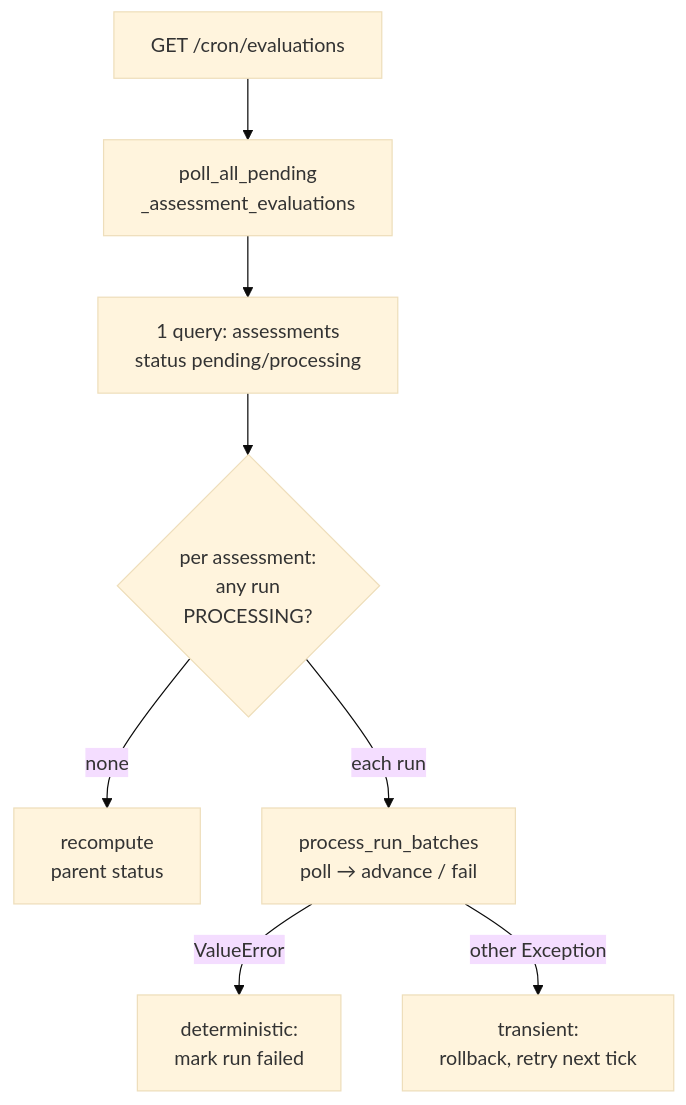
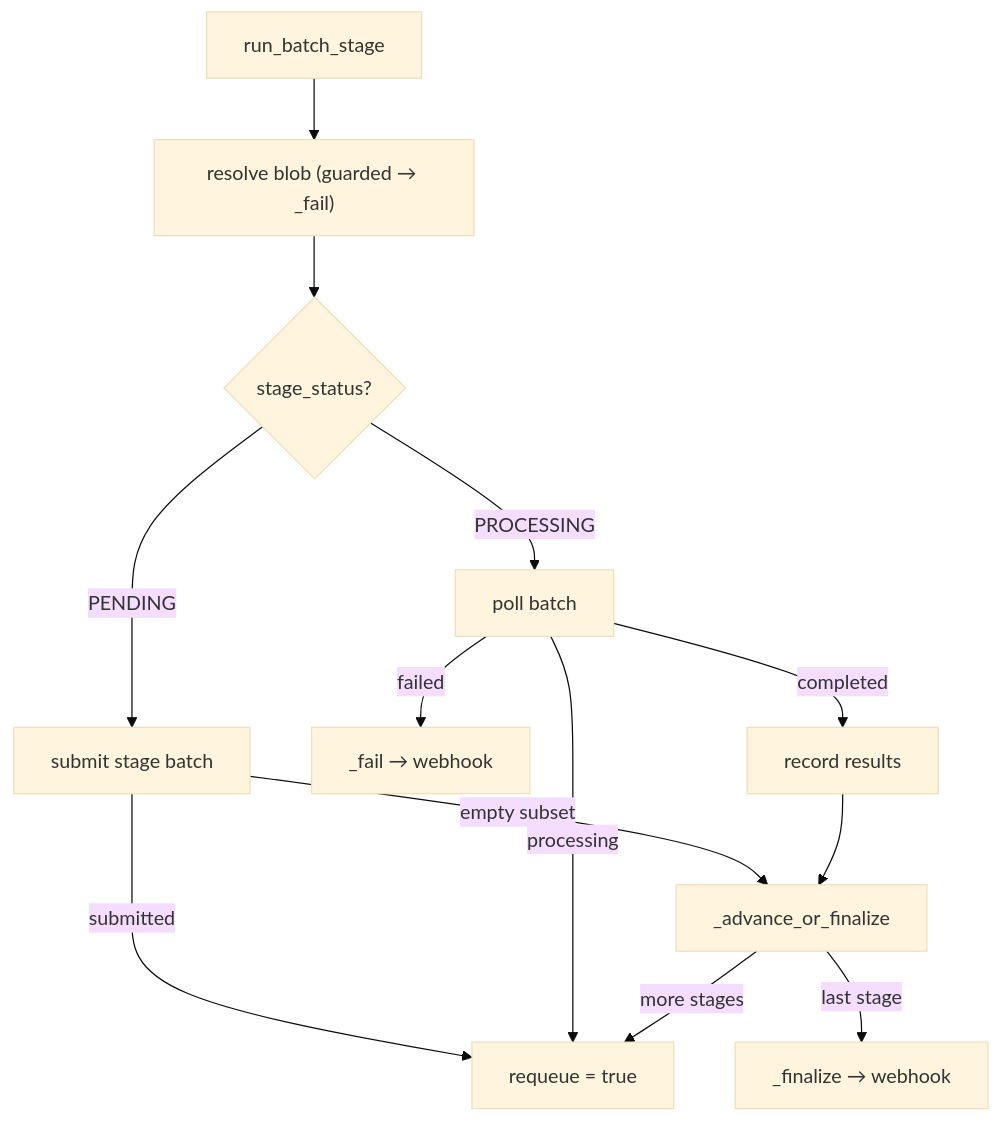
One commit to ProjectTech4DevAI/kaapi-backend changed the fourth of 4 diagrams in docs/architecture/kaapi-ai-assessment-ARCHITECTURE.md. Above: the diagram before and after it, drawn with Mermaid (base theme). The commit also changed other lines of this file and 6 other files, not shown here.

````diff
--- a/docs/architecture/kaapi-ai-assessment-ARCHITECTURE.md
+++ b/docs/architecture/kaapi-ai-assessment-ARCHITECTURE.md
@@ -581,10 +188,14 @@
 ```mermaid
 flowchart TD
-    Cron["GET /cron/evaluations"] --> PAP["poll_all_pending\n_assessment_evaluations"]
-    PAP --> Q["1 query: assessments\nstatus pending/processing"]
-    Q --> Loop{"per assessment:\nany run\nPROCESSING?"}
-    Loop -->|none| Rec["recompute\nparent status"]
-    Loop -->|each run| PRB["process_run_batches\npoll → advance / fail"]
-    PRB -->|ValueError| Fail["deterministic:\nmark run failed"]
-    PRB -->|other Exception| Retry["transient:\nrollback, retry next tick"]
+    Start["run_batch_stage"] --> Res["resolve blob (guarded → _fail)"]
+    Res --> St{"stage_status?"}
+    St -->|PENDING| Sub["submit stage batch"]
+    Sub -->|submitted| RQ["requeue = true"]
+    Sub -->|empty subset| Adv["_advance_or_finalize"]
+    St -->|PROCESSING| Poll["poll batch"]
+    Poll -->|processing| RQ
+    Poll -->|failed| Fail["_fail → webhook"]
+    Poll -->|completed| Rec["record results"] --> Adv
+    Adv -->|more stages| RQ
+    Adv -->|last stage| Fin["_finalize → webhook"]
 ```
````
